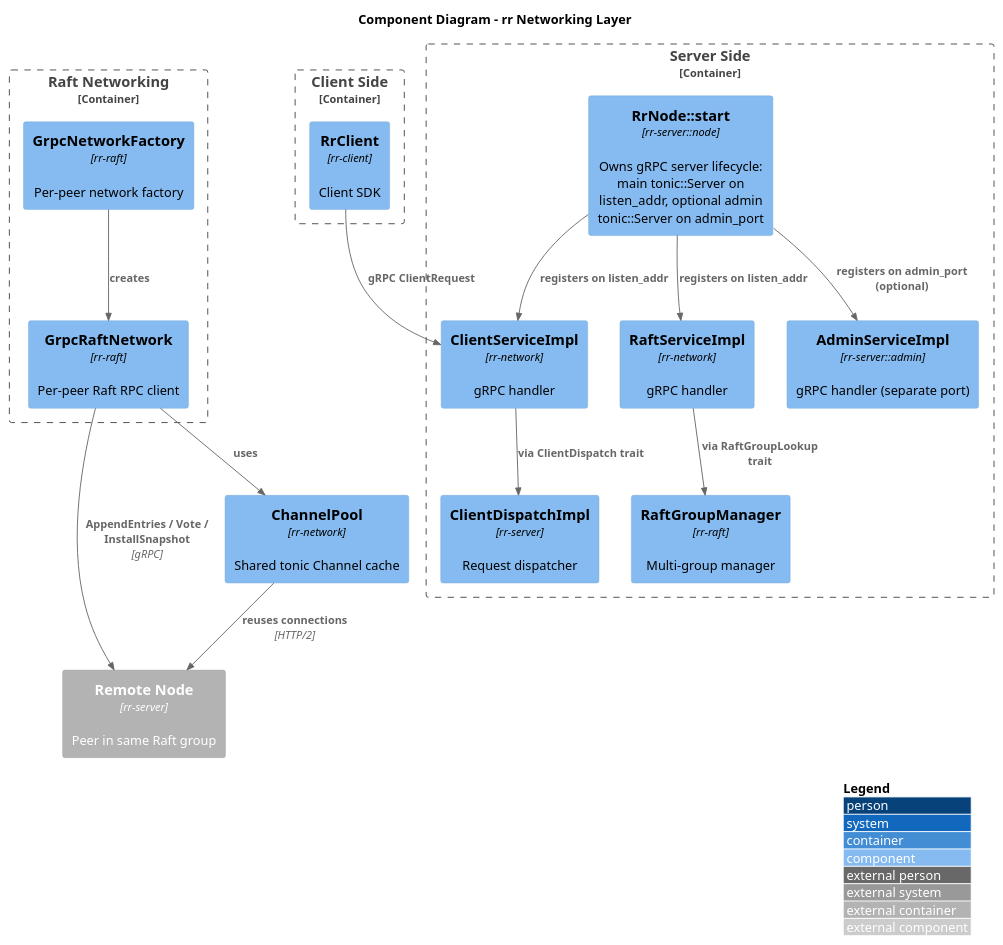
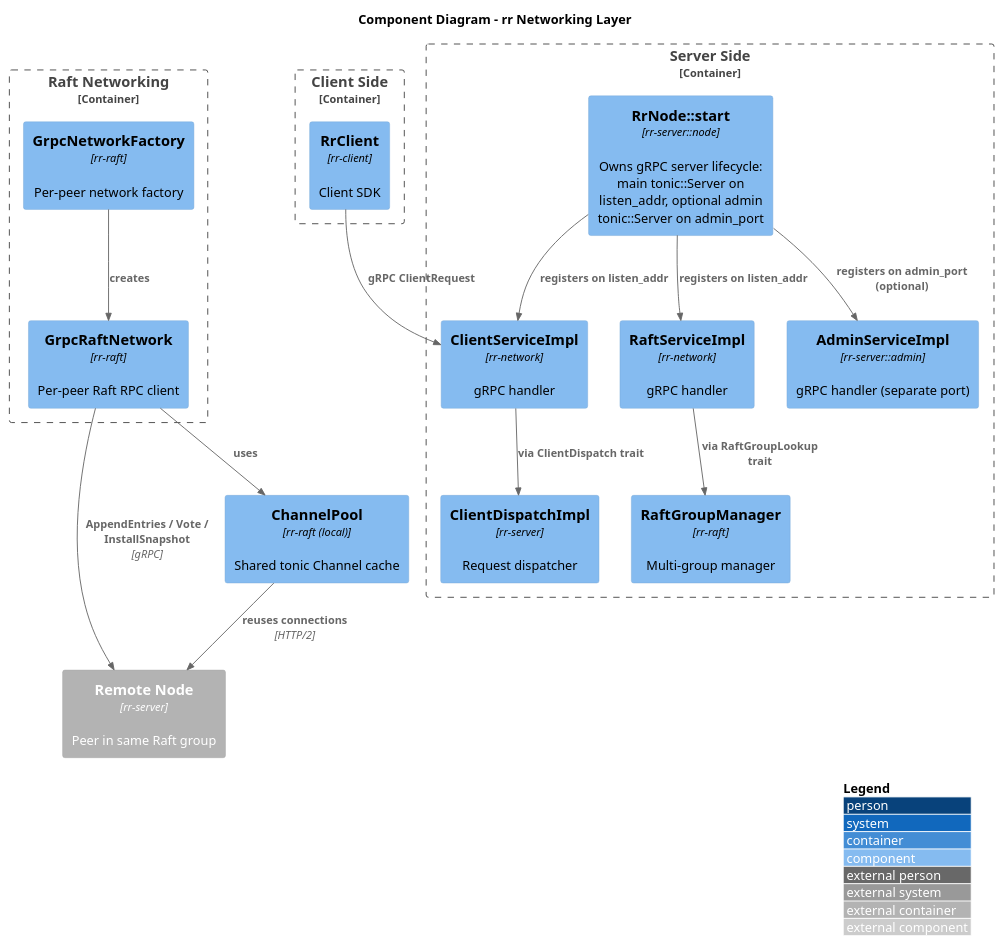
The diagram in docs/docs/architecture/networking.md (gardenias/rr), drawn with PlantUML before and after one commit. The commit also changed other lines of this file and 18 other files, not shown here.

First line of the commit message:
docs(architecture): correct factual drift against current code

````diff
--- a/docs/docs/architecture/networking.md
+++ b/docs/docs/architecture/networking.md
@@ -37,42 +39,42 @@
 ```plantuml
 @startuml
 !include <C4/C4_Component.puml>
 
 title Component Diagram - rr Networking Layer
 
 Container_Boundary(client_side, "Client Side") {
   Component(rr_client, "RrClient", "rr-client", "Client SDK")
 }
 
 Container_Boundary(server_side, "Server Side") {
   Component(rr_node, "RrNode::start", "rr-server::node", "Owns gRPC server lifecycle: main tonic::Server on listen_addr, optional admin tonic::Server on admin_port")
   Component(raft_svc_impl, "RaftServiceImpl", "rr-network", "gRPC handler")
   Component(client_svc_impl, "ClientServiceImpl", "rr-network", "gRPC handler")
   Component(admin_svc_impl, "AdminServiceImpl", "rr-server::admin", "gRPC handler (separate port)")
   Component(raft_mgr, "RaftGroupManager", "rr-raft", "Multi-group manager")
   Component(dispatch, "ClientDispatchImpl", "rr-server", "Request dispatcher")
 }
 
 Container_Boundary(raft_net, "Raft Networking") {
   Component(net_factory, "GrpcNetworkFactory", "rr-raft", "Per-peer network factory")
   Component(grpc_raft_net, "GrpcRaftNetwork", "rr-raft", "Per-peer Raft RPC client")
 }
 
 Container_Ext(remote_node, "Remote Node", "rr-server", "Peer in same Raft group")
-Component(channel_pool, "ChannelPool", "rr-network", "Shared tonic Channel cache")
+Component(channel_pool, "ChannelPool", "rr-raft (local)", "Shared tonic Channel cache")
 
 Rel(rr_client, client_svc_impl, "gRPC ClientRequest")
 Rel(rr_node, raft_svc_impl, "registers on listen_addr")
 Rel(rr_node, client_svc_impl, "registers on listen_addr")
 Rel(rr_node, admin_svc_impl, "registers on admin_port (optional)")
 Rel(raft_svc_impl, raft_mgr, "via RaftGroupLookup trait")
 Rel(client_svc_impl, dispatch, "via ClientDispatch trait")
 
 Rel(net_factory, grpc_raft_net, "creates")
 Rel(grpc_raft_net, remote_node, "AppendEntries / Vote / InstallSnapshot", "gRPC")
 Rel(grpc_raft_net, channel_pool, "uses")
 Rel(channel_pool, remote_node, "reuses connections", "HTTP/2")
 
 LAYOUT_WITH_LEGEND()
 @enduml
 ```
````
